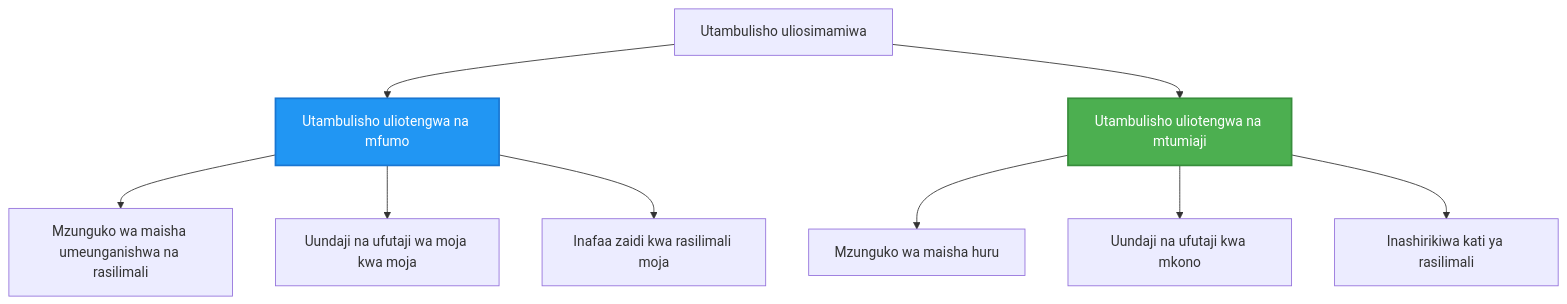
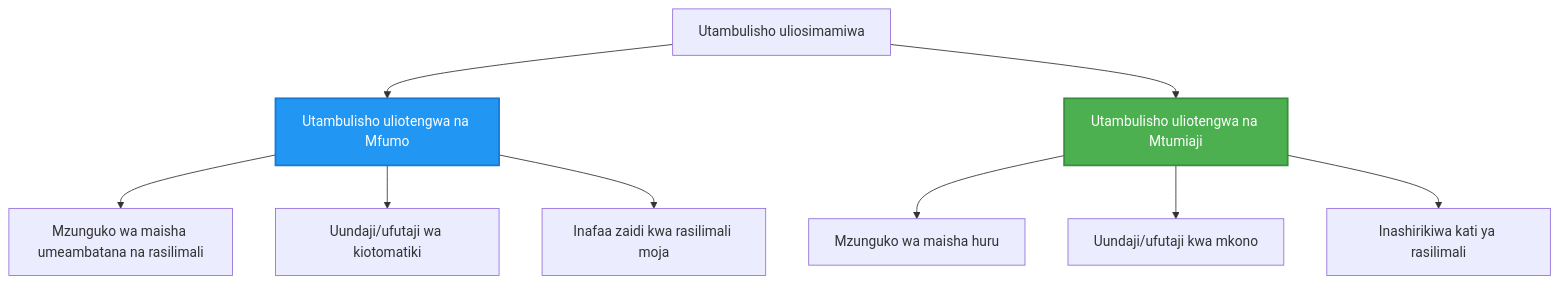
One commit to microsoft/AZD-for-beginners changed the second of 2 diagrams in translations/sw/docs/chapter-03-configuration/authsecurity.md. Above: the diagram before and after it, drawn with Mermaid. The commit also changed other lines of this file and 101 other files, not shown here.

````diff
--- a/translations/sw/docs/chapter-03-configuration/authsecurity.md
+++ b/translations/sw/docs/chapter-03-configuration/authsecurity.md
@@ -97,20 +97,20 @@
 ```mermaid
 graph TB
     MI[Utambulisho uliosimamiwa]
-    SystemAssigned[Utambulisho uliotengwa na mfumo]
-    UserAssigned[Utambulisho uliotengwa na mtumiaji]
+    SystemAssigned[Utambulisho uliotengwa na Mfumo]
+    UserAssigned[Utambulisho uliotengwa na Mtumiaji]
     
     MI --> SystemAssigned
     MI --> UserAssigned
     
-    SystemAssigned --> SA1[Mzunguko wa maisha umeunganishwa na rasilimali]
-    SystemAssigned --> SA2[Uundaji na ufutaji wa moja kwa moja]
+    SystemAssigned --> SA1[Mzunguko wa maisha umeambatana na rasilimali]
+    SystemAssigned --> SA2[Uundaji/ufutaji wa kiotomatiki]
     SystemAssigned --> SA3[Inafaa zaidi kwa rasilimali moja]
     
     UserAssigned --> UA1[Mzunguko wa maisha huru]
-    UserAssigned --> UA2[Uundaji na ufutaji kwa mkono]
+    UserAssigned --> UA2[Uundaji/ufutaji kwa mkono]
     UserAssigned --> UA3[Inashirikiwa kati ya rasilimali]
     
     style SystemAssigned fill:#2196F3,stroke:#1976D2,stroke-width:2px,color:#fff
     style UserAssigned fill:#4CAF50,stroke:#388E3C,stroke-width:2px,color:#fff
 ```
````
